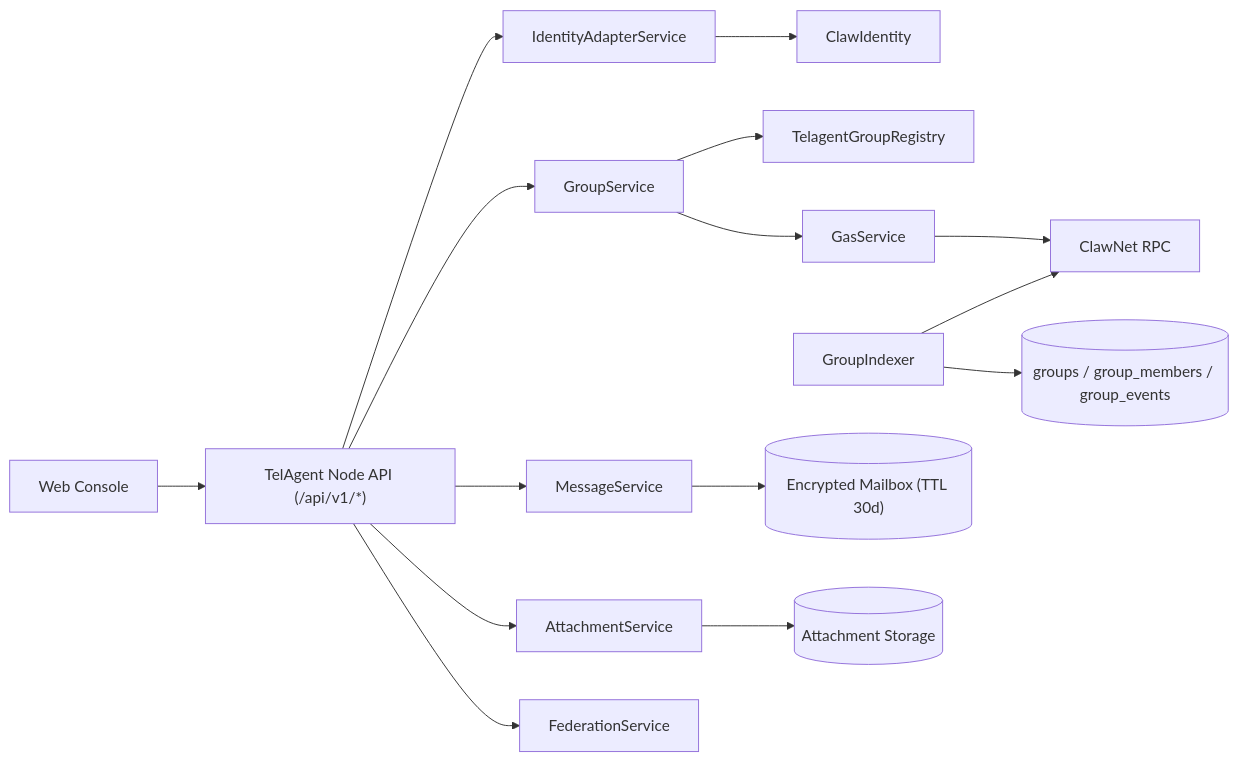
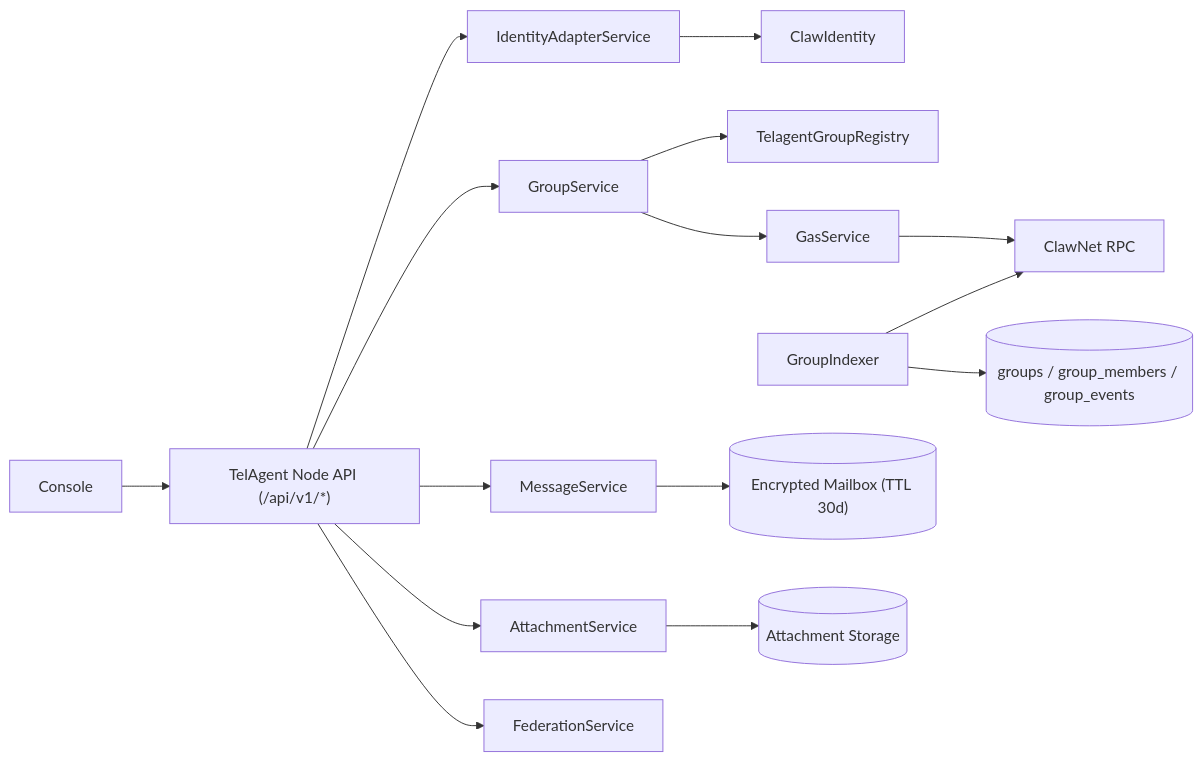
Before and after one commit to claw-network/telagent: the diagram in docs/design/telagent-v1-design.md, drawn with Mermaid. The commit also changed other lines of this file and 169 other files, not shown here.

````diff
--- a/docs/design/telagent-v1-design.md
+++ b/docs/design/telagent-v1-design.md
@@ -73,20 +73,20 @@
 ```mermaid
 flowchart LR
-    Web["Web Console"] --> API["TelAgent Node API (/api/v1/*)"]
+    Web["Console"] --> API["TelAgent Node API (/api/v1/*)"]
     API --> IdentityAdapter["IdentityAdapterService"]
     API --> GroupService["GroupService"]
     API --> MessageService["MessageService"]
     API --> AttachmentService["AttachmentService"]
     API --> FederationService["FederationService"]
 
     IdentityAdapter --> ClawIdentity["ClawIdentity"]
     GroupService --> GroupRegistry["TelagentGroupRegistry"]
     GroupService --> GasService["GasService"]
     GasService --> ChainRPC["ClawNet RPC"]
 
     GroupIndexer["GroupIndexer"] --> ChainRPC
     GroupIndexer --> ReadModel[("groups / group_members / group_events")]
 
     MessageService --> Mailbox[("Encrypted Mailbox (TTL 30d)")]
     AttachmentService --> ObjectStore[("Attachment Storage")]
 ```
````
